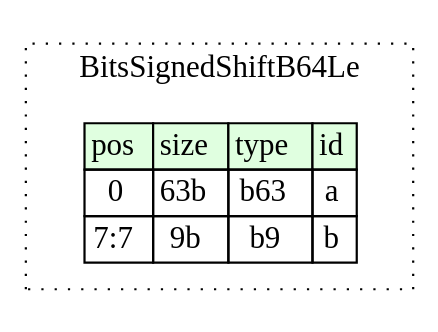
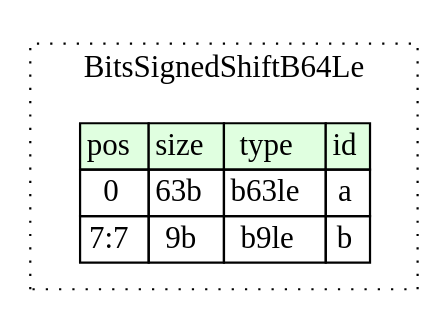
The diagram in compiled/graphviz/bits_signed_shift_b64_le.dot (kaitai-io/ci_targets), drawn with Graphviz before and after one commit. The commit also changed 209 other files, not shown here.

```diff
--- a/compiled/graphviz/bits_signed_shift_b64_le.dot
+++ b/compiled/graphviz/bits_signed_shift_b64_le.dot
@@ -1,14 +1,14 @@
 digraph {
 	rankdir=LR;
 	node [shape=plaintext];
 	subgraph cluster__bits_signed_shift_b64_le {
 		label="BitsSignedShiftB64Le";
 		graph[style=dotted];
 
 		bits_signed_shift_b64_le__seq [label=<<TABLE BORDER="0" CELLBORDER="1" CELLSPACING="0">
 			<TR><TD BGCOLOR="#E0FFE0">pos</TD><TD BGCOLOR="#E0FFE0">size</TD><TD BGCOLOR="#E0FFE0">type</TD><TD BGCOLOR="#E0FFE0">id</TD></TR>
-			<TR><TD PORT="a_pos">0</TD><TD PORT="a_size">63b</TD><TD>b63</TD><TD PORT="a_type">a</TD></TR>
-			<TR><TD PORT="b_pos">7:7</TD><TD PORT="b_size">9b</TD><TD>b9</TD><TD PORT="b_type">b</TD></TR>
+			<TR><TD PORT="a_pos">0</TD><TD PORT="a_size">63b</TD><TD>b63le</TD><TD PORT="a_type">a</TD></TR>
+			<TR><TD PORT="b_pos">7:7</TD><TD PORT="b_size">9b</TD><TD>b9le</TD><TD PORT="b_type">b</TD></TR>
 		</TABLE>>];
 	}
 }
```
